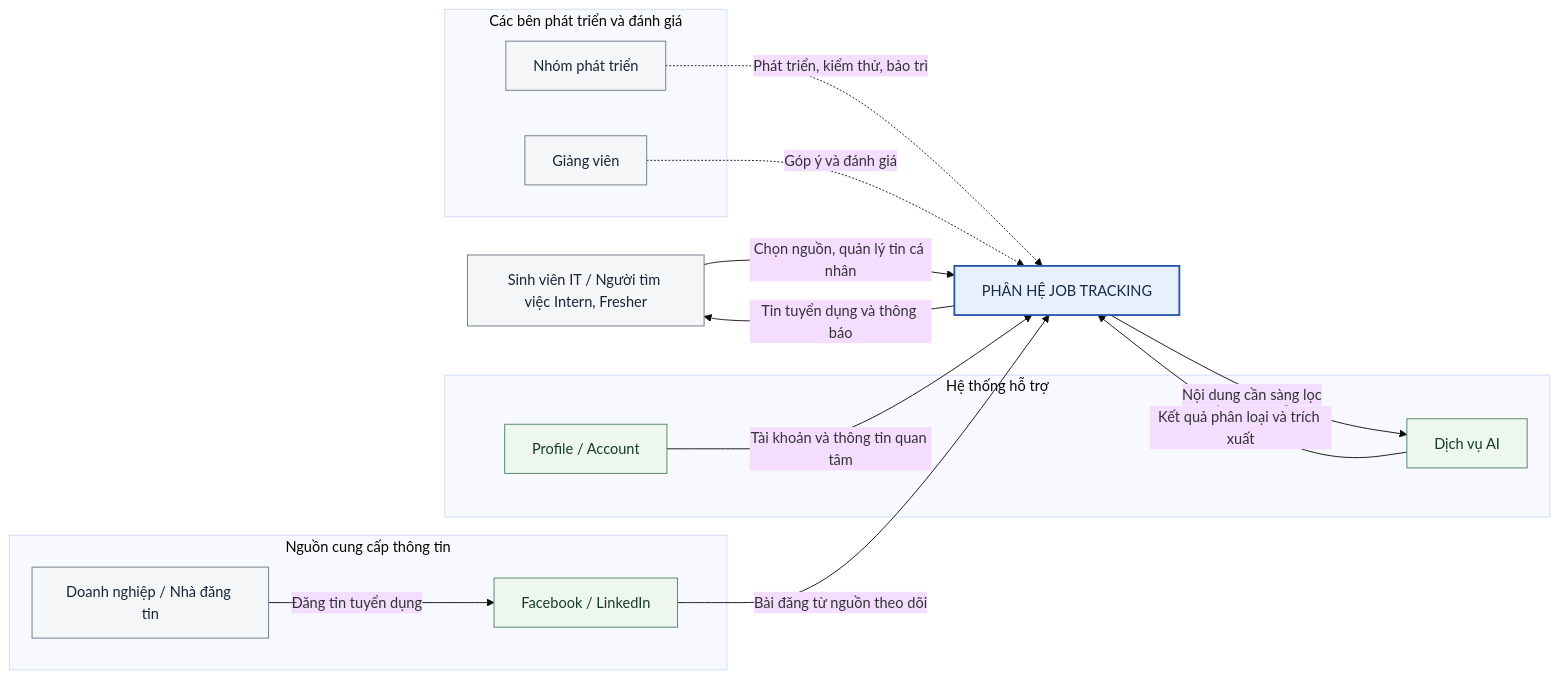
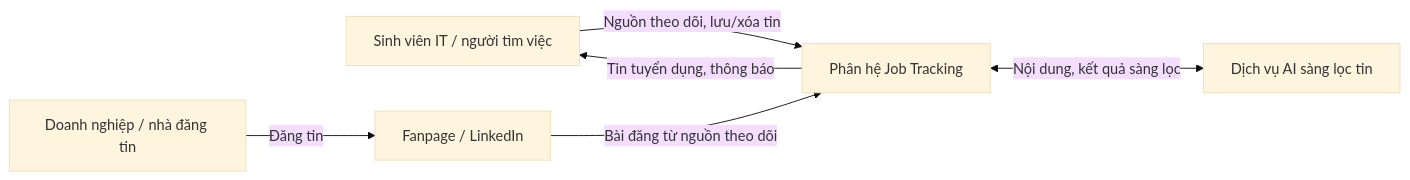
Before and after one commit to DungLe939/Docs-HireUS-Tools: the diagram in docs/Week02/Submission/Job_Tracking_Analysis.md, drawn with Mermaid (base theme). The commit also changed other lines of this file and 8 other files, not shown here.

Commit message:
docs(week02): Job Tracking Submission Update

````diff
--- a/docs/Week02/Submission/Job_Tracking_Analysis.md
+++ b/docs/Week02/Submission/Job_Tracking_Analysis.md
@@ -21,37 +23,14 @@
 ```mermaid
 flowchart LR
-    USER["Sinh viên IT / Người tìm việc Intern, Fresher"]
-    JT["PHÂN HỆ JOB TRACKING"]
+    USER["Sinh viên IT / người tìm việc"]
+    COMPANY["Doanh nghiệp / nhà đăng tin"]
+    SOURCE["Fanpage / LinkedIn"]
+    AI["Dịch vụ AI sàng lọc tin"]
+    JT["Phân hệ Job Tracking"]
 
-    subgraph SOURCES["Nguồn cung cấp thông tin"]
-        COMPANY["Doanh nghiệp / Nhà đăng tin"]
-        SOCIAL["Facebook / LinkedIn"]
-        COMPANY -->|"Đăng tin tuyển dụng"| SOCIAL
-    end
-
-    subgraph SUPPORT["Hệ thống hỗ trợ"]
-        ACCOUNT["Profile / Account"]
-        AI["Dịch vụ AI"]
-    end
-
-    subgraph TEAM["Các bên phát triển và đánh giá"]
-        DEV["Nhóm phát triển"]
-        TEACHER["Giảng viên"]
-    end
-
-    USER -->|"Chọn nguồn, quản lý tin cá nhân"| JT
-    JT -->|"Tin tuyển dụng và thông báo"| USER
-    SOCIAL -->|"Bài đăng từ nguồn theo dõi"| JT
-    ACCOUNT -->|"Tài khoản và thông tin quan tâm"| JT
-    JT -->|"Nội dung cần sàng lọc"| AI
-    AI -->|"Kết quả phân loại và trích xuất"| JT
-    DEV -.->|"Phát triển, kiểm thử, bảo trì"| JT
-    TEACHER -.->|"Góp ý và đánh giá"| JT
-
-    classDef system fill:#e8f0fe,stroke:#2457a7,stroke-width:2px,color:#162b49
-    classDef person fill:#f5f6f8,stroke:#697586,color:#172536
-    classDef external fill:#edf7f0,stroke:#4d805e,color:#173b24
-    class JT system
-    class USER,COMPANY,DEV,TEACHER person
-    class SOCIAL,ACCOUNT,AI external
+    USER -->|"Nguồn theo dõi, lưu/xóa tin"| JT
+    JT -->|"Tin tuyển dụng, thông báo"| USER
+    COMPANY -->|"Đăng tin"| SOURCE
+    SOURCE -->|"Bài đăng từ nguồn theo dõi"| JT
+    JT <-->|"Nội dung, kết quả sàng lọc"| AI
 ```
````
